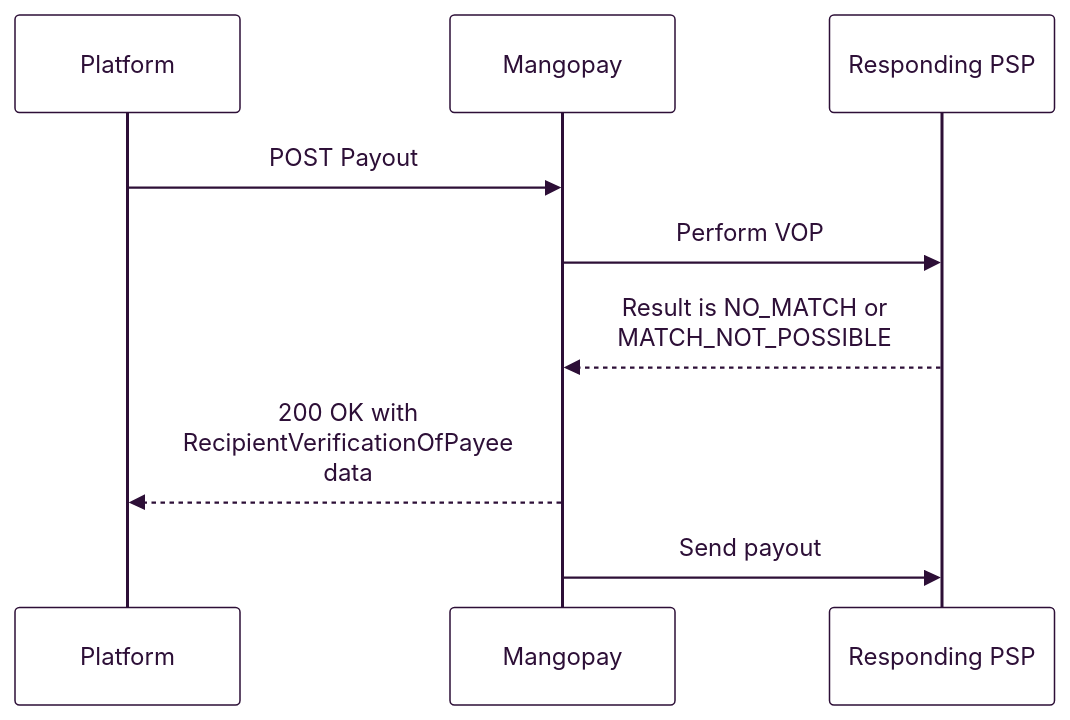
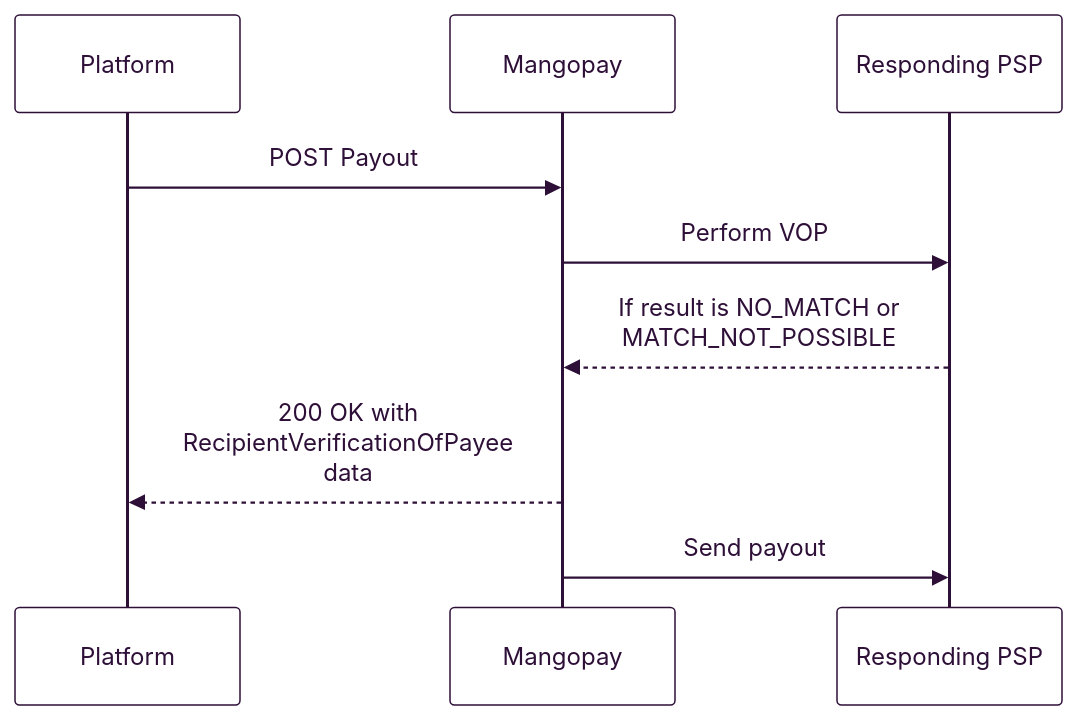
One commit to Mangopay/docs changed the ninth of 12 diagrams in guides/vop/recipients-payouts.mdx. Above: the diagram before and after it, drawn with Mermaid. The commit also changed other lines of this file, not shown here.

````diff
--- a/guides/vop/recipients-payouts.mdx
+++ b/guides/vop/recipients-payouts.mdx
@@ -523,30 +523,30 @@
 ```mermaid
 %%{
   init: {
     'theme': 'base',
     'themeVariables': {
       'primaryColor': '#FFFFFF',
       'primaryTextColor': '#2D0F37',
       'primaryBorderColor': '#2D0F37',
       'lineColor': '#2D0F37',
       'secondaryColor': '#FFFFFF',
       'tertiaryColor': '#FFFFFF',
       'fontSize': '32px',
       'fontFamily': 'Inter',
       'noteBorderColor': "#E0DBE1",
       'noteBkgColor': "#E0DBE1",
       'noteTextColor': '#2D0F37'
     }
   }
 }%%
 sequenceDiagram
   participant Platform
   participant Mangopay
   participant Responding PSP
 
 Platform ->> Mangopay: POST Payout
 Mangopay ->> Responding PSP: Perform VOP
-Responding PSP -->> Mangopay: Result is NO_MATCH or <br/>MATCH_NOT_POSSIBLE
+Responding PSP -->> Mangopay: If result is NO_MATCH or <br/>MATCH_NOT_POSSIBLE
 Mangopay -->> Platform: 200 OK with <br/>RecipientVerificationOfPayee <br/>data
 Mangopay ->> Responding PSP: Send payout
 ```
````
